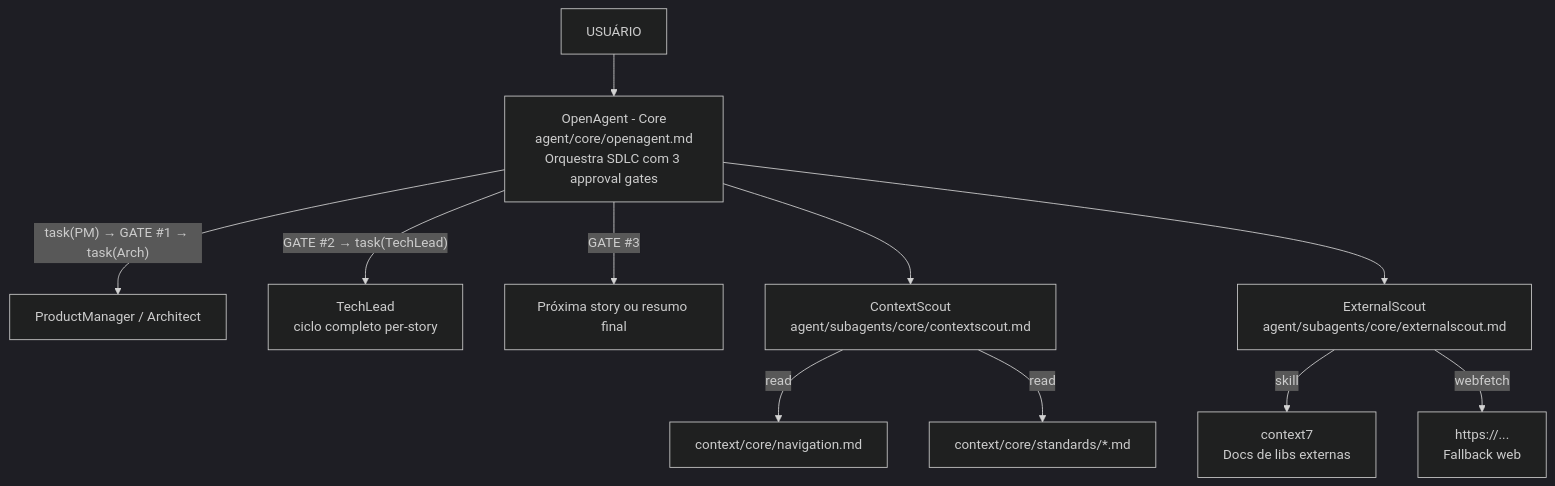
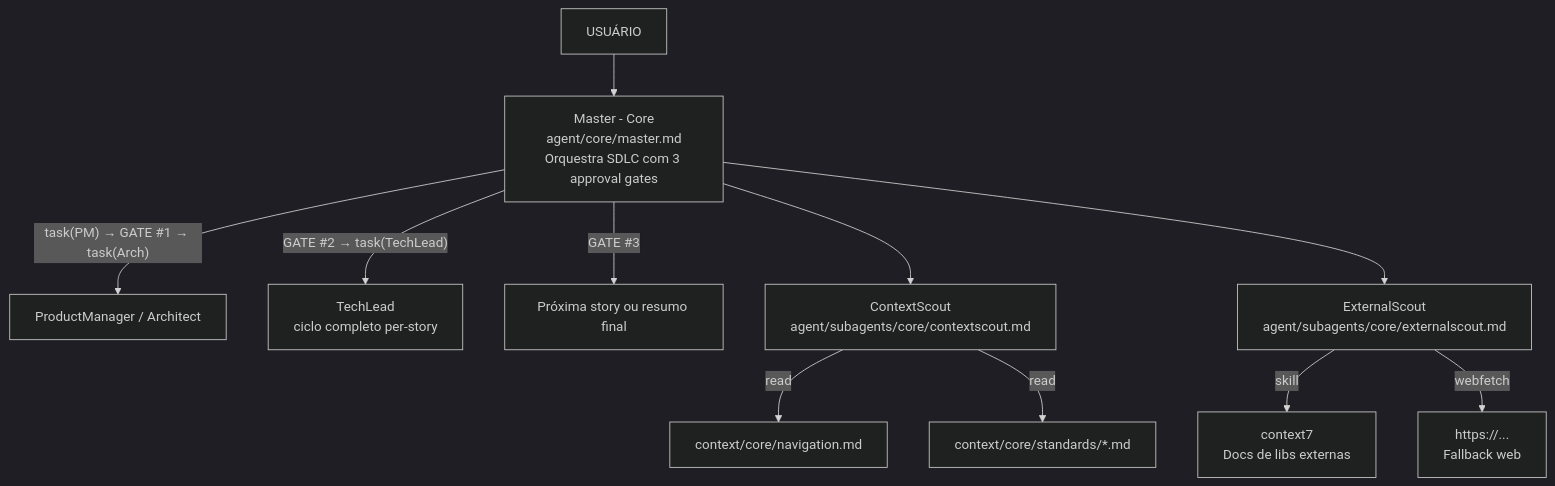
One commit to dgofreitas/opencode-workflow changed the first of 4 diagrams in CONNECTIONS_AND_EXTENSIONS.md. Above: the diagram before and after it, drawn with Mermaid (dark theme). The commit also changed other lines of this file and 28 other files, not shown here.

````diff
--- a/CONNECTIONS_AND_EXTENSIONS.md
+++ b/CONNECTIONS_AND_EXTENSIONS.md
@@ -9,18 +9,18 @@
 ```mermaid
 graph TD
     User["USUÁRIO"] --> OA
 
-    OA["OpenAgent - Core<br/>agent/core/openagent.md<br/>Orquestra SDLC com 3 approval gates"]
+    OA["Master - Core<br/>agent/core/master.md<br/>Orquestra SDLC com 3 approval gates"]
 
     OA -->|"task(PM) → GATE #1 → task(Arch)"| PM_Arch["ProductManager / Architect"]
     OA -->|"GATE #2 → task(TechLead)"| TL["TechLead<br/>ciclo completo per-story"]
     OA -->|"GATE #3"| Next["Próxima story ou resumo final"]
     OA --> CS["ContextScout<br/>agent/subagents/core/contextscout.md"]
     OA --> ES["ExternalScout<br/>agent/subagents/core/externalscout.md"]
 
     CS -->|read| Nav["context/core/navigation.md"]
     CS -->|read| Std["context/core/standards/*.md"]
 
     ES -->|skill| C7["context7<br/>Docs de libs externas"]
     ES -->|webfetch| Web["https://...<br/>Fallback web"]
 ```
````
